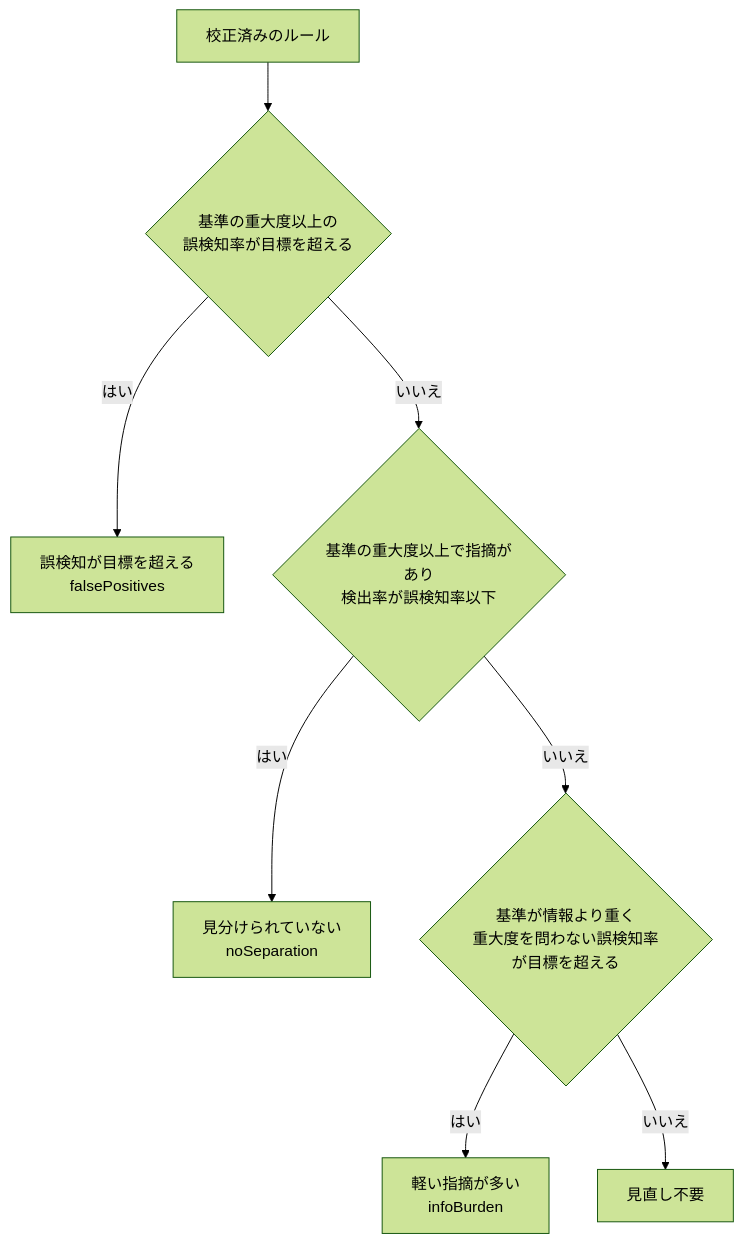
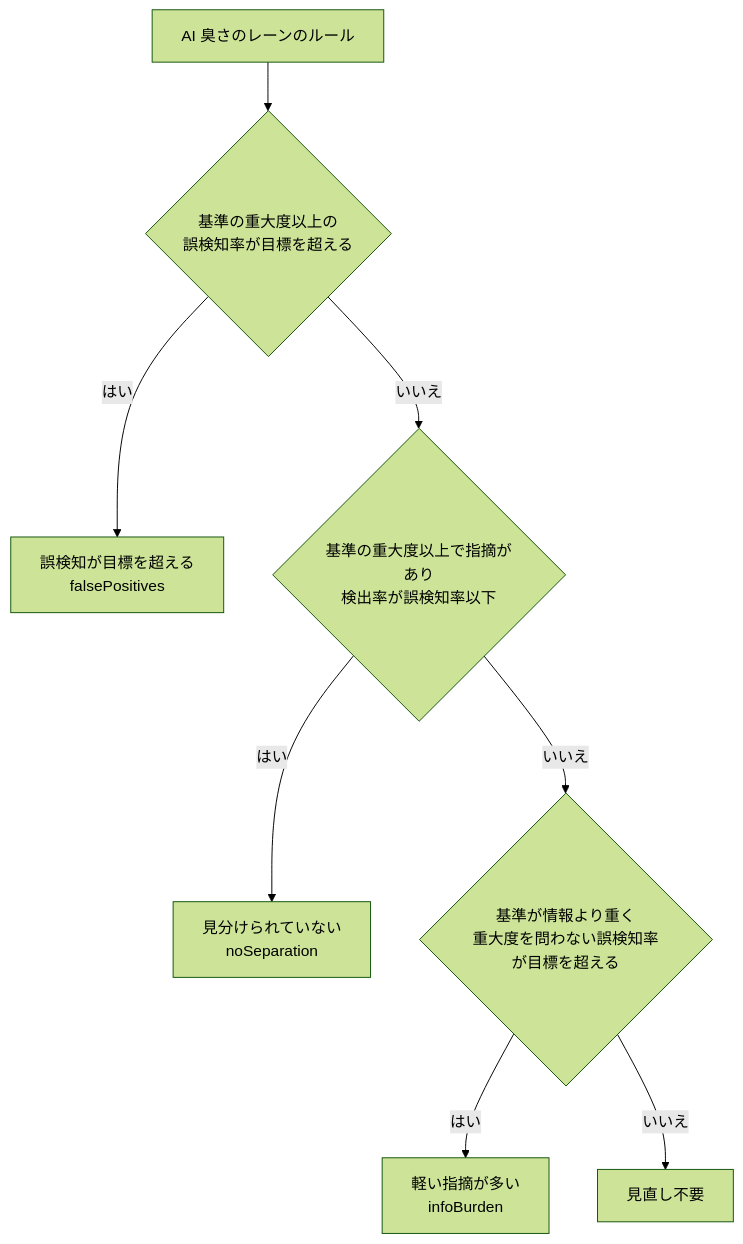
Before and after one commit to owayo/noslop: the second of 2 diagrams in docs/calibration.md, drawn with Mermaid (forest theme). The commit also changed other lines of this file and 81 other files, not shown here.

````diff
--- a/docs/calibration.md
+++ b/docs/calibration.md
@@ -222,10 +223,10 @@
 ```mermaid
 flowchart TD
-    rule[校正済みのルール] --> fp{基準の重大度以上の<br/>誤検知率が目標を超える}
+    rule[AI 臭さのレーンのルール] --> fp{基準の重大度以上の<br/>誤検知率が目標を超える}
     fp -->|はい| r1[誤検知が目標を超える<br/>falsePositives]
     fp -->|いいえ| sep{基準の重大度以上で指摘があり<br/>検出率が誤検知率以下}
     sep -->|はい| r2[見分けられていない<br/>noSeparation]
     sep -->|いいえ| any{基準が情報より重く<br/>重大度を問わない誤検知率が目標を超える}
     any -->|はい| r3[軽い指摘が多い<br/>infoBurden]
     any -->|いいえ| ok[見直し不要]
 ```
````
